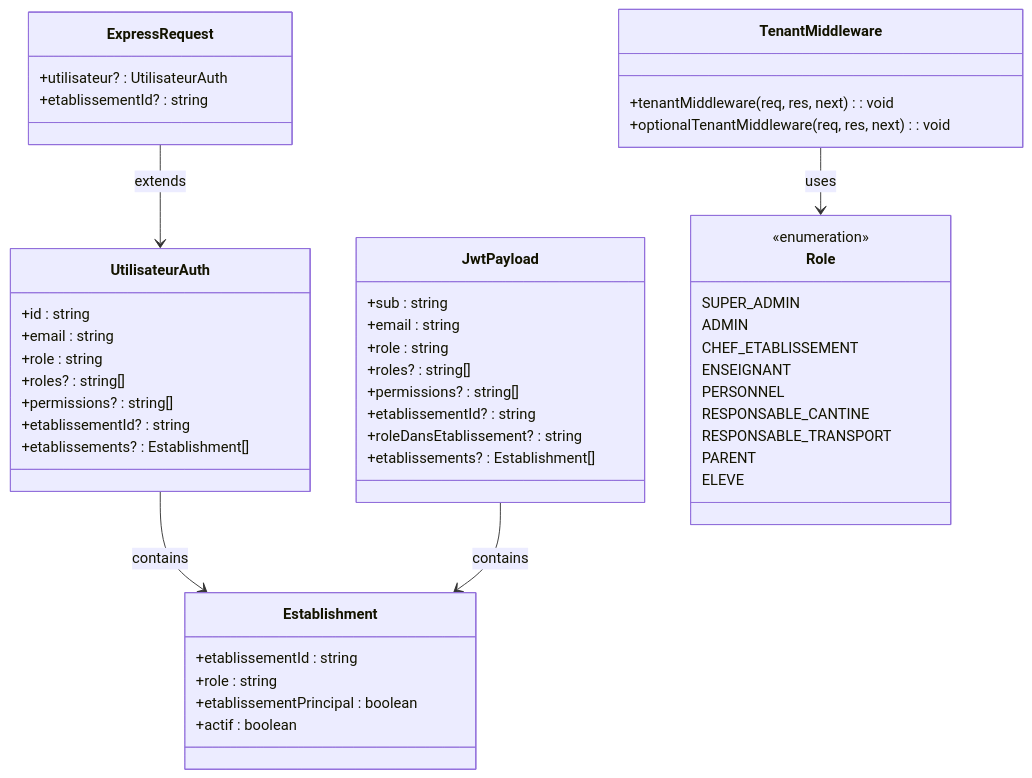
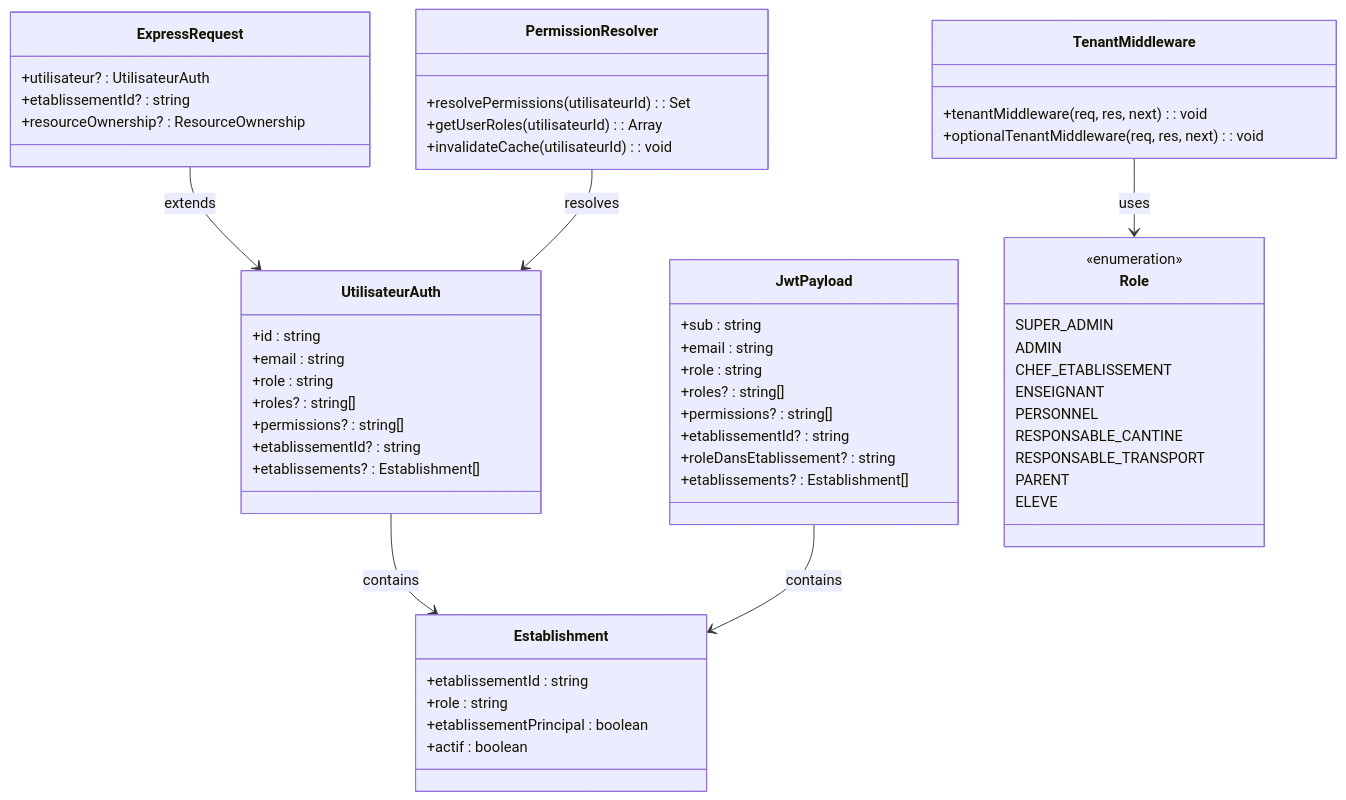
One commit to franckylab/eLISAschool changed the fourth of 6 diagrams in .qoder/repowiki/en/content/Modules & Features/Administrative Modules/Security & Governance/Tenant Middleware.md. Above: the diagram before and after it, drawn with Mermaid. The commit also changed other lines of this file and 84 other files, not shown here.

````diff
--- a/.qoder/repowiki/en/content/Modules & Features/Administrative Modules/Security & Governance/Tenant Middleware.md
+++ b/.qoder/repowiki/en/content/Modules & Features/Administrative Modules/Security & Governance/Tenant Middleware.md
@@ -246,52 +292,59 @@
 ```mermaid
 classDiagram
 class ExpressRequest {
 +utilisateur? : UtilisateurAuth
 +etablissementId? : string
++resourceOwnership? : ResourceOwnership
 }
 class UtilisateurAuth {
 +id : string
 +email : string
 +role : string
 +roles? : string[]
 +permissions? : string[]
 +etablissementId? : string
 +etablissements? : Establishment[]
 }
 class Establishment {
 +etablissementId : string
 +role : string
 +etablissementPrincipal : boolean
 +actif : boolean
 }
 class TenantMiddleware {
 +tenantMiddleware(req, res, next) : void
 +optionalTenantMiddleware(req, res, next) : void
 }
 class JwtPayload {
 +sub : string
 +email : string
 +role : string
 +roles? : string[]
 +permissions? : string[]
 +etablissementId? : string
 +roleDansEtablissement? : string
 +etablissements? : Establishment[]
 }
 class Role {
 <<enumeration>>
 SUPER_ADMIN
 ADMIN
 CHEF_ETABLISSEMENT
 ENSEIGNANT
 PERSONNEL
 RESPONSABLE_CANTINE
 RESPONSABLE_TRANSPORT
 PARENT
 ELEVE
 }
+class PermissionResolver {
++resolvePermissions(utilisateurId) : Set<string>
++getUserRoles(utilisateurId) : Array
++invalidateCache(utilisateurId) : void
+}
 ExpressRequest --> UtilisateurAuth : extends
 TenantMiddleware --> Role : uses
 UtilisateurAuth --> Establishment : contains
 JwtPayload --> Establishment : contains
+PermissionResolver --> UtilisateurAuth : resolves
 ```
````
